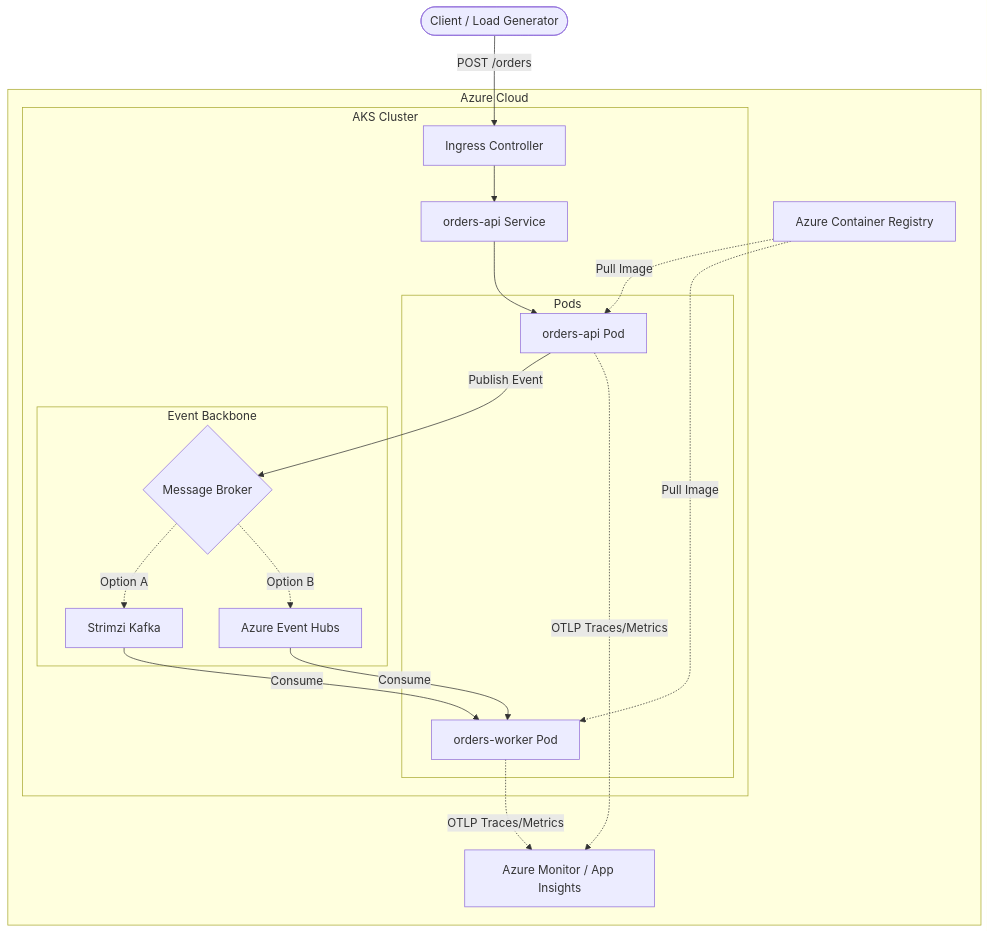
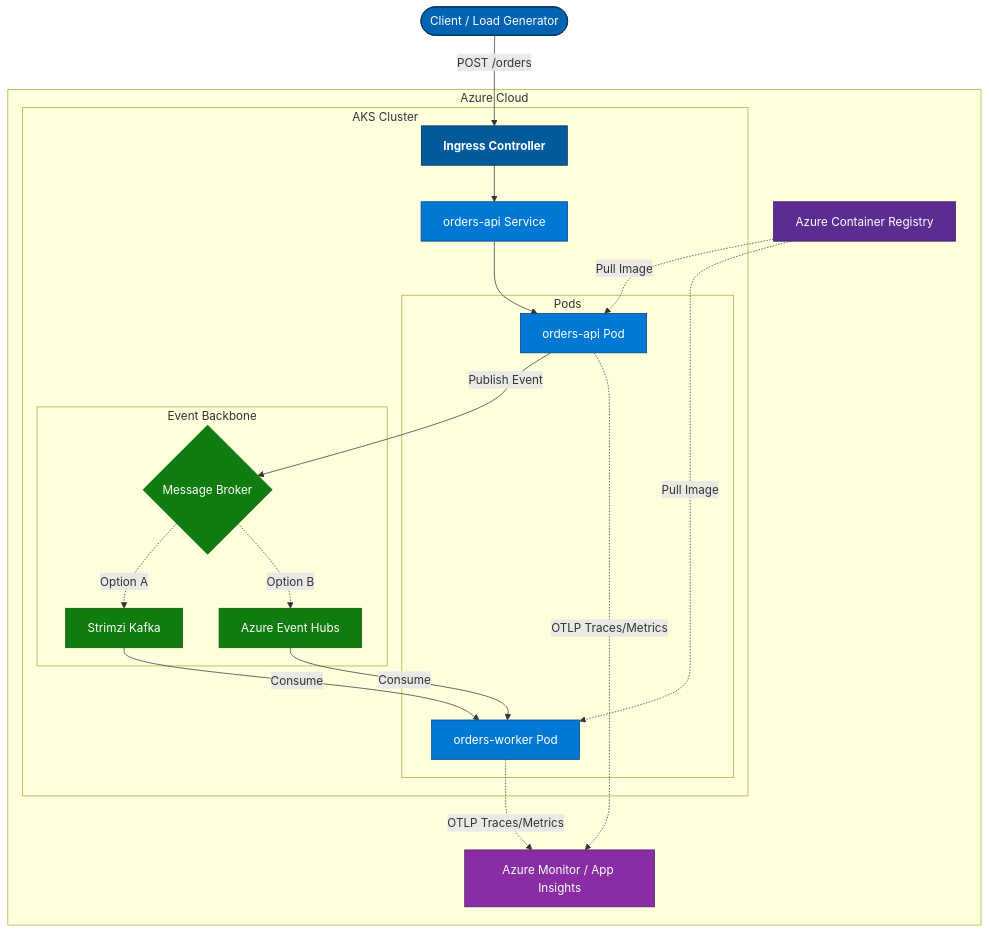
The diagram in README.md (mhuot/AKSLearningLab), drawn with Mermaid before and after one commit.

Commit message:
Style mermaid diagram with accessible colors

````diff
--- a/README.md
+++ b/README.md
@@ -17,39 +17,54 @@
 ```mermaid
 graph TD
     Client([Client / Load Generator]) -->|POST /orders| Ingress[Ingress Controller]
     
     subgraph Azure_Cloud [Azure Cloud]
         ACR[Azure Container Registry]
         Monitor[Azure Monitor / App Insights]
         
         subgraph AKS_Cluster [AKS Cluster]
             Ingress --> API[orders-api Service]
             
             subgraph Pods
                 API_Pod[orders-api Pod]
                 Worker_Pod[orders-worker Pod]
             end
             
             API --> API_Pod
             
             %% Dual Backend Representation
             API_Pod -->|Publish Event| Broker{Message Broker}
             
             subgraph Messaging [Event Backbone]
                 Broker -.->|Option A| Kafka[Strimzi Kafka]
                 Broker -.->|Option B| EH[Azure Event Hubs]
             end
             
             Kafka -->|Consume| Worker_Pod
             EH -->|Consume| Worker_Pod
         end
     end
 
     %% CI/CD Link
     ACR -.->|Pull Image| API_Pod
     ACR -.->|Pull Image| Worker_Pod
     
     %% Observability Links
     API_Pod -.->|OTLP Traces/Metrics| Monitor
     Worker_Pod -.->|OTLP Traces/Metrics| Monitor
+
+    %% Accessible color theme (WCAG-compliant contrast)
+    classDef ingress fill:#005A9C,stroke:#002C52,color:#FFFFFF,font-weight:bold;
+    classDef control fill:#0063B1,stroke:#002C52,color:#FFFFFF;
+    classDef workload fill:#0078D4,stroke:#004578,color:#FFFFFF;
+    classDef broker fill:#107C10,stroke:#0B5C0B,color:#FFFFFF;
+    classDef observability fill:#8A2DA5,stroke:#4C1A68,color:#FFFFFF;
+    classDef registry fill:#5C2D91,stroke:#32145A,color:#FFFFFF;
+
+    class Ingress ingress;
+    class API,API_Pod,Worker_Pod workload;
+    class Broker,Kafka,EH broker;
+    class Monitor observability;
+    class ACR registry;
+    class Client control;
 ```
````
